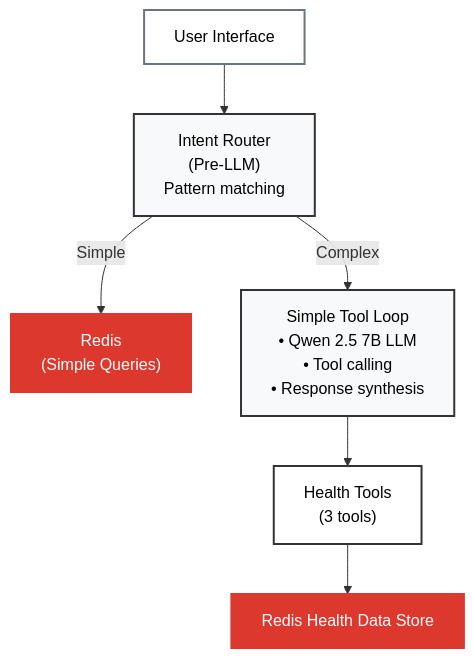
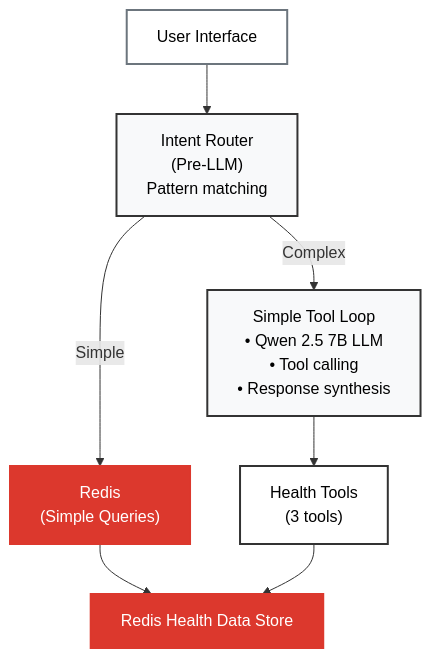
The first of 2 diagrams in docs/03_STATELESS_AGENT.md (AllieRays/redis-wellness), drawn with Mermaid before and after one commit. The commit also changed other lines of this file and 1 other file, not shown here.

````diff
--- a/docs/03_STATELESS_AGENT.md
+++ b/docs/03_STATELESS_AGENT.md
@@ -73,25 +73,25 @@
 ```mermaid
 flowchart TB
     UI["User Interface"]
     Router["Intent Router<br/>(Pre-LLM)<br/>Pattern matching"]
 
     Simple["Redis<br/>(Simple Queries)"]
     SimpleLoop["Simple Tool Loop<br/>• Qwen 2.5 7B LLM<br/>• Tool calling<br/>• Response synthesis"]
 
     Tools["Health Tools<br/>(3 tools)"]
     RedisData["Redis Health Data Store"]
 
     UI --> Router
     Router -->|"Simple"| Simple
     Router -->|"Complex"| SimpleLoop
-
+    Simple --> RedisData
     SimpleLoop --> Tools
     Tools --> RedisData
 
     style UI fill:#fff,stroke:#6c757d,stroke-width:2px,color:#000
     style Router fill:#f8f9fa,stroke:#333,stroke-width:2px,color:#000
     style Simple fill:#dc382d,stroke:#dc382d,stroke-width:2px,color:#fff
     style SimpleLoop fill:#f8f9fa,stroke:#333,stroke-width:2px,color:#000
     style Tools fill:#fff,stroke:#333,stroke-width:2px,color:#000
     style RedisData fill:#dc382d,stroke:#dc382d,stroke-width:2px,color:#fff
 ```
````
